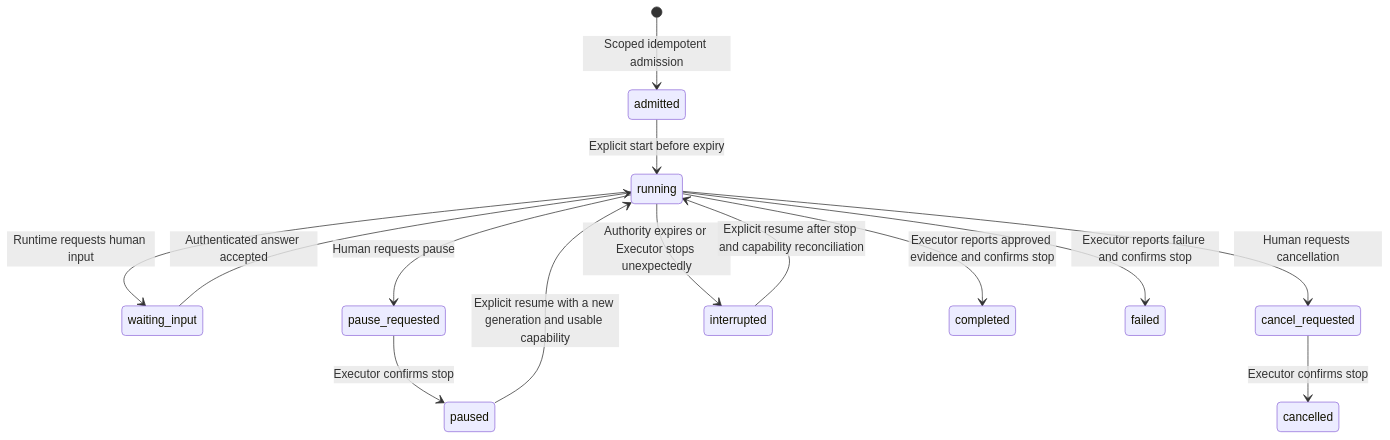
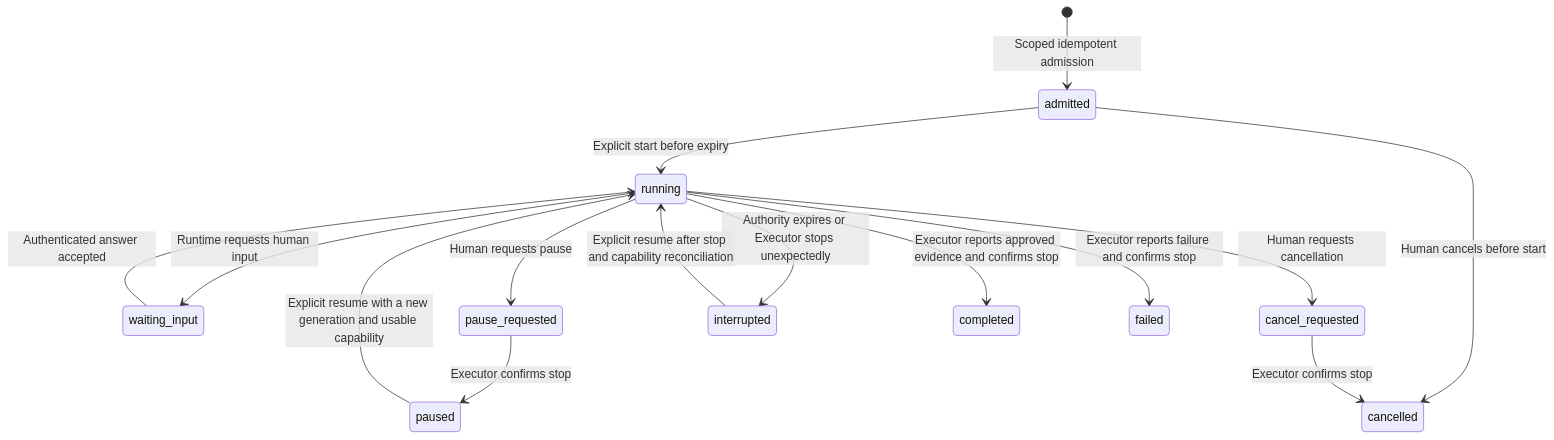
One commit to webgrip/glide changed the first of 2 diagrams in apps/ploeg/docs/domain/entities.md. Above: the diagram before and after it, drawn with Mermaid. The commit also changed 4 other files, not shown here.

````diff
--- a/apps/ploeg/docs/domain/entities.md
+++ b/apps/ploeg/docs/domain/entities.md
@@ -25,16 +25,17 @@
 ```mermaid
 stateDiagram-v2
     [*] --> admitted : Scoped idempotent admission
     admitted --> running : Explicit start before expiry
+    admitted --> cancelled : Human cancels before start
     running --> waiting_input : Runtime requests human input
     waiting_input --> running : Authenticated answer accepted
     running --> pause_requested : Human requests pause
     pause_requested --> paused : Executor confirms stop
     paused --> running : Explicit resume with a new generation and usable capability
     running --> cancel_requested : Human requests cancellation
     cancel_requested --> cancelled : Executor confirms stop
     running --> interrupted : Authority expires or Executor stops unexpectedly
     interrupted --> running : Explicit resume after stop and capability reconciliation
     running --> completed : Executor reports approved evidence and confirms stop
     running --> failed : Executor reports failure and confirms stop
 ```
````
